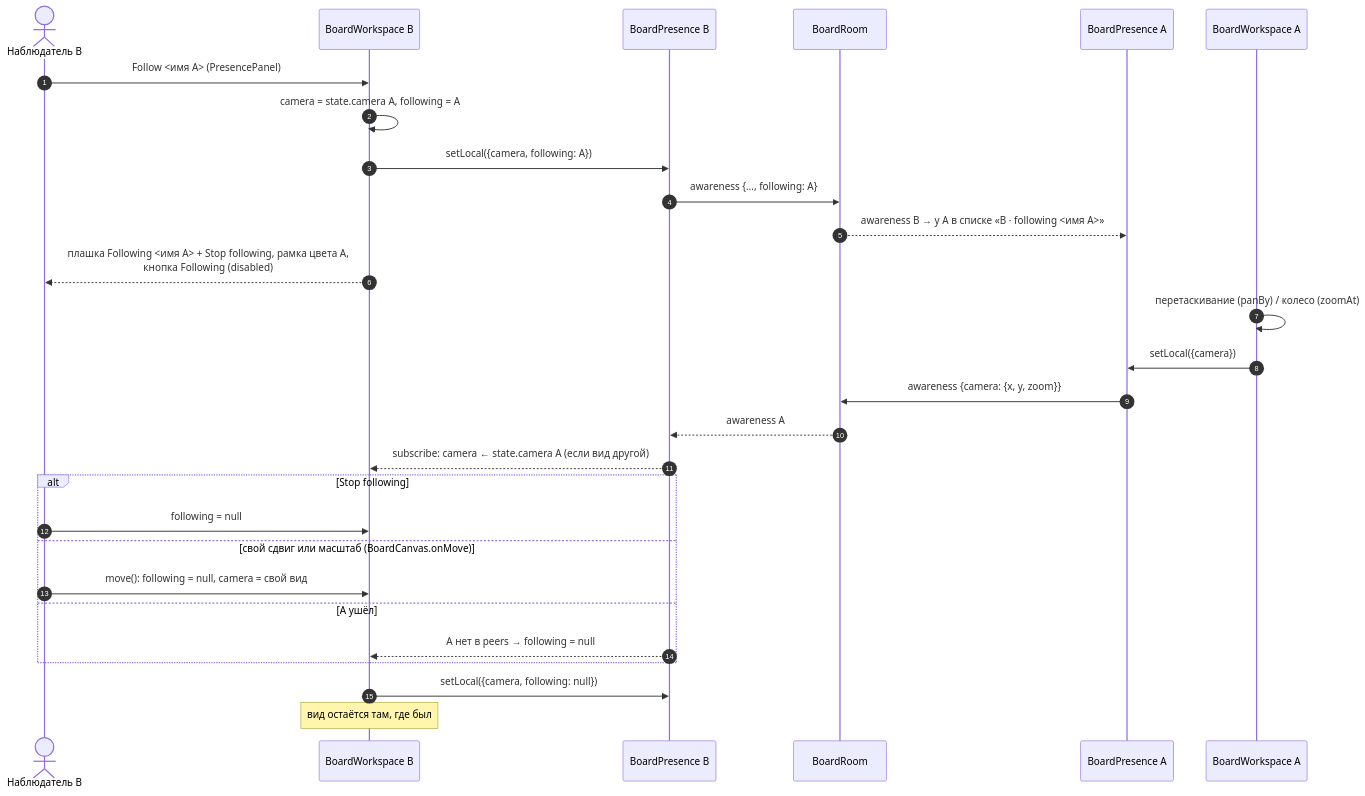
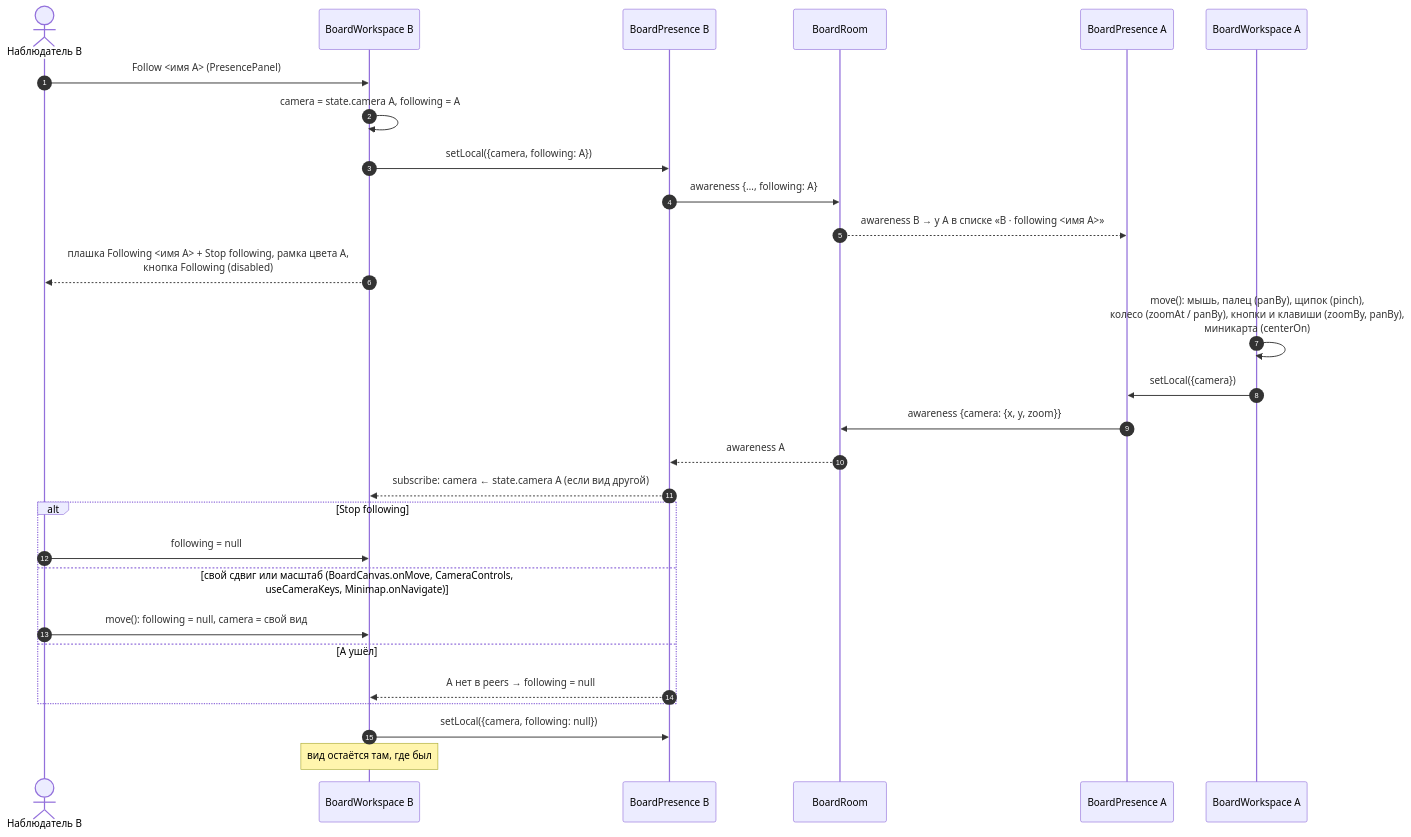
The second of 2 diagrams in uml/sequences/presence.md (shumakove/myboard), drawn with Mermaid before and after one commit. The commit also changed other lines of this file and 5 other files, not shown here.

Commit message:
T5.1: Обновить UML-схемы камеры

````diff
--- a/uml/sequences/presence.md
+++ b/uml/sequences/presence.md
@@ -54,33 +54,33 @@
 ```mermaid
 sequenceDiagram
   autonumber
   actor U as Наблюдатель B
   participant WB as BoardWorkspace B
   participant PB as BoardPresence B
   participant R as BoardRoom
   participant PA as BoardPresence A
   participant WA as BoardWorkspace A
 
   U->>WB: Follow <имя A> (PresencePanel)
   WB->>WB: camera = state.camera A, following = A
   WB->>PB: setLocal({camera, following: A})
   PB->>R: awareness {…, following: A}
   R-->>PA: awareness B → у A в списке «B · following <имя A>»
   WB-->>U: плашка Following <имя A> + Stop following, рамка цвета A,<br/>кнопка Following (disabled)
 
-  WA->>WA: перетаскивание (panBy) / колесо (zoomAt)
+  WA->>WA: move(): мышь, палец (panBy), щипок (pinch),<br/>колесо (zoomAt / panBy), кнопки и клавиши (zoomBy, panBy),<br/>миникарта (centerOn)
   WA->>PA: setLocal({camera})
   PA->>R: awareness {camera: {x, y, zoom}}
   R-->>PB: awareness A
   PB-->>WB: subscribe: camera ← state.camera A (если вид другой)
 
   alt Stop following
     U->>WB: following = null
-  else свой сдвиг или масштаб (BoardCanvas.onMove)
+  else свой сдвиг или масштаб (BoardCanvas.onMove, CameraControls,<br/>useCameraKeys, Minimap.onNavigate)
     U->>WB: move(): following = null, camera = свой вид
   else A ушёл
     PB-->>WB: A нет в peers → following = null
   end
   WB->>PB: setLocal({camera, following: null})
   Note over WB: вид остаётся там, где был
 ```
````
